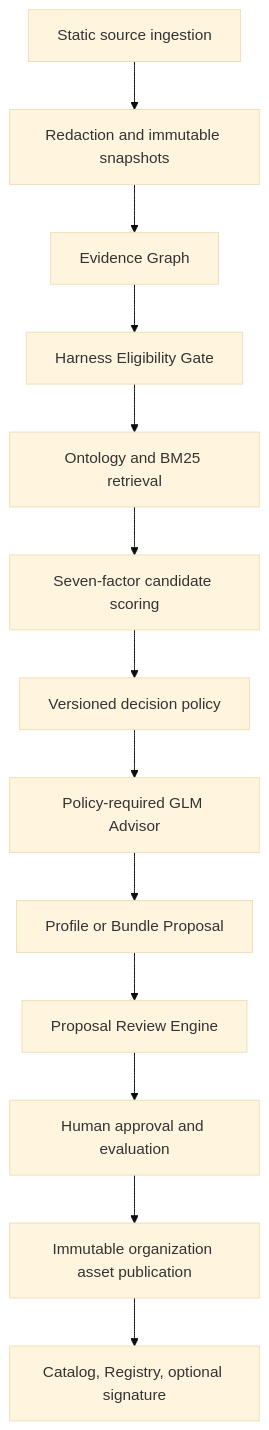
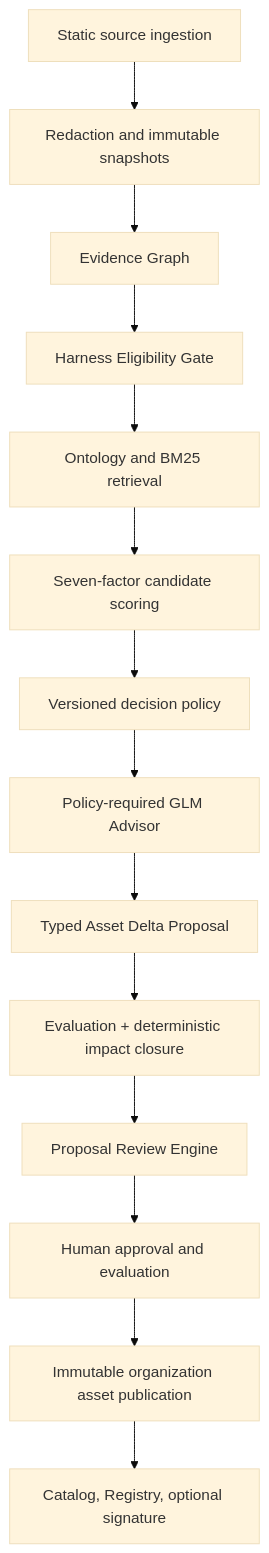
One commit to yeliang-wang/evopilot-harness changed the second of 2 diagrams in docs/architecture/overview.md. Above: the diagram before and after it, drawn with Mermaid (base theme). The commit also changed other lines of this file and 109 other files, not shown here.

````diff
--- a/docs/architecture/overview.md
+++ b/docs/architecture/overview.md
@@ -20,15 +22,16 @@
 ```mermaid
 flowchart TD
   Ingest["Static source ingestion"] --> Snapshot["Redaction and immutable snapshots"]
   Snapshot --> Graph["Evidence Graph"]
   Graph --> Eligibility["Harness Eligibility Gate"]
   Eligibility --> Retrieval["Ontology and BM25 retrieval"]
   Retrieval --> Scoring["Seven-factor candidate scoring"]
   Scoring --> Decision["Versioned decision policy"]
   Decision --> Advisor["Policy-required GLM Advisor"]
-  Advisor --> Proposal["Profile or Bundle Proposal"]
-  Proposal --> Review["Proposal Review Engine"]
+  Advisor --> Proposal["Typed Asset Delta Proposal"]
+  Proposal --> Impact["Evaluation + deterministic impact closure"]
+  Impact --> Review["Proposal Review Engine"]
   Review --> Human["Human approval and evaluation"]
   Human --> Publish["Immutable organization asset publication"]
   Publish --> Catalog["Catalog, Registry, optional signature"]
 ```
````
